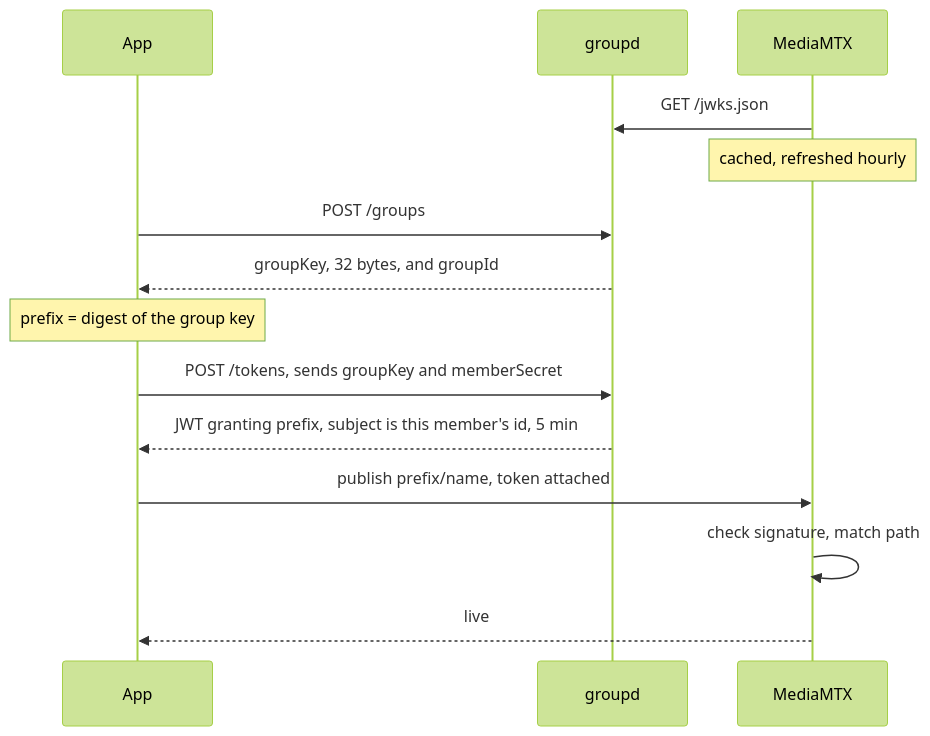
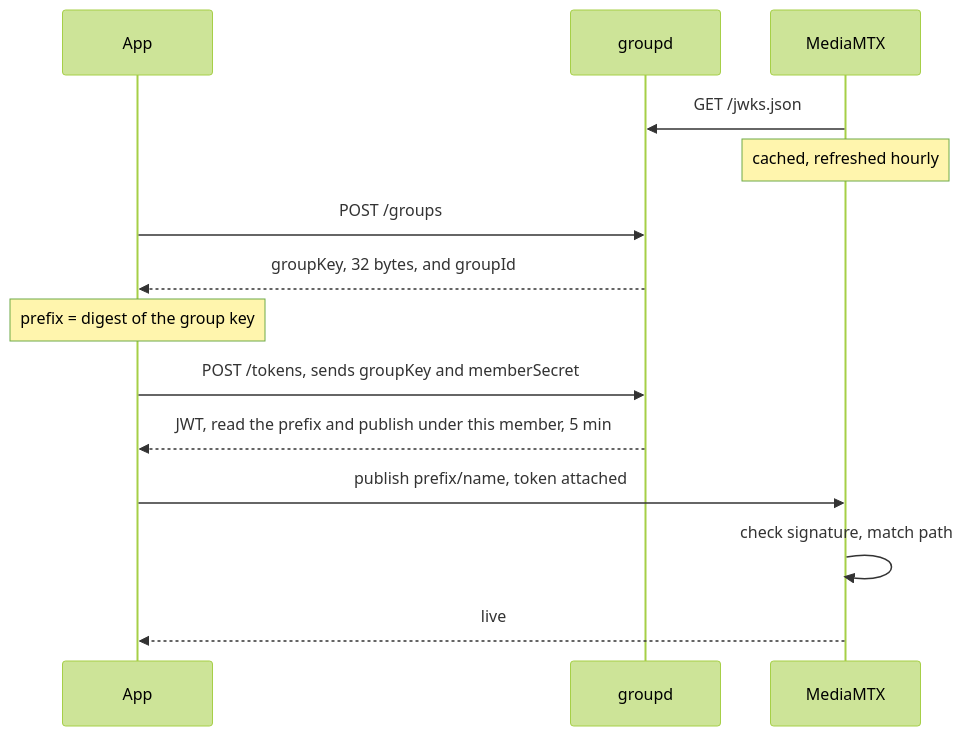
One commit to bjoern621/screen-sharing changed the first of 3 diagrams in docs/auth-flow.md. Above: the diagram before and after it, drawn with Mermaid (forest theme). The commit also changed other lines of this file and 9 other files, not shown here.

````diff
--- a/docs/auth-flow.md
+++ b/docs/auth-flow.md
@@ -14,19 +14,19 @@
 ```mermaid
 sequenceDiagram
     participant A as App
     participant G as groupd
     participant M as MediaMTX
 
     M->>G: GET /jwks.json
     Note over M: cached, refreshed hourly
 
     A->>G: POST /groups
     G-->>A: groupKey, 32 bytes, and groupId
     Note over A: prefix = digest of the group key
 
     A->>G: POST /tokens, sends groupKey and memberSecret
-    G-->>A: JWT granting prefix, subject is this member's id, 5 min
+    G-->>A: JWT, read the prefix and publish under this member, 5 min
     A->>M: publish prefix/name, token attached
     M->>M: check signature, match path
     M-->>A: live
 ```
````
